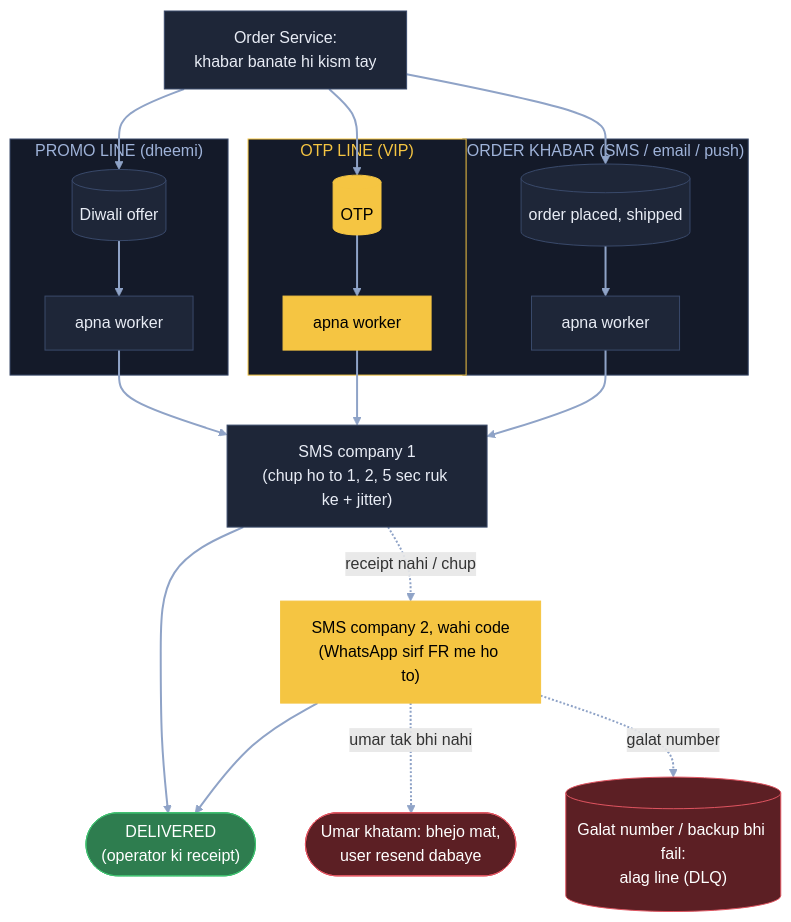
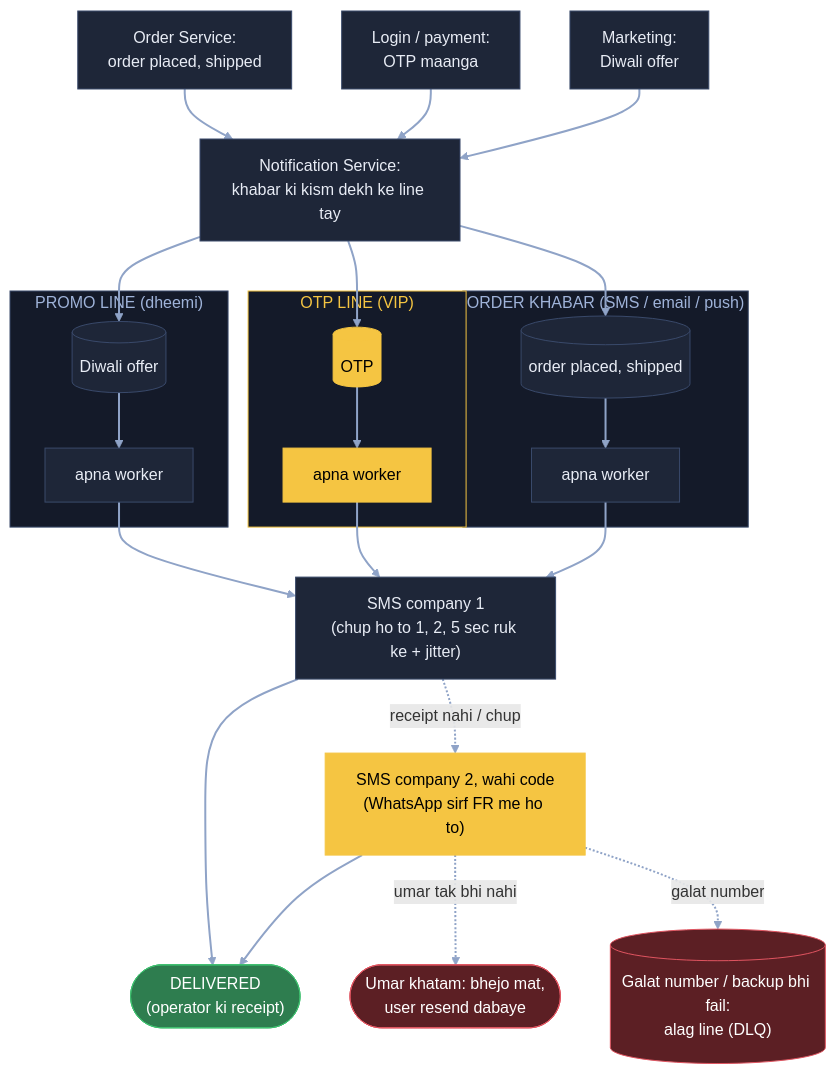
The tenth of 10 diagrams in 04_HLD/SYSTEM_DESIGNS/04_notification_system/04_notification_system.md (ArpanMaheshwari144/Prep), drawn with Mermaid before and after one commit. The commit also changed 3 other files, not shown here.

Commit message:
HLD audit 01-05: Twitter kadam 2/4 diagram teer, Notification aakhri diagram (Notification Service + OTP login/payment se), Stock kadam 9 NSE bheed wali line

````diff
--- a/04_HLD/SYSTEM_DESIGNS/04_notification_system/04_notification_system.md
+++ b/04_HLD/SYSTEM_DESIGNS/04_notification_system/04_notification_system.md
@@ -372,37 +372,43 @@
 ```mermaid
 flowchart TB
-    B["Order Service:<br/>khabar banate hi kism tay"]:::card
+    O["Order Service:<br/>order placed, shipped"]:::card
+    LG["Login / payment:<br/>OTP maanga"]:::card
+    MK["Marketing:<br/>Diwali offer"]:::card
+    B["Notification Service:<br/>khabar ki kism dekh ke line tay"]:::card
     subgraph PRL["PROMO LINE (dheemi)"]
         PR[("Diwali offer")]:::card --> WP["apna worker"]:::card
     end
     subgraph TRL["OTP LINE (VIP)"]
         TR[("OTP")]:::pill --> WT["apna worker"]:::pill
     end
     subgraph SVL["ORDER KHABAR (SMS / email / push)"]
         SV[("order placed, shipped")]:::card --> WS["apna worker"]:::card
     end
     C1["SMS company 1<br/>(chup ho to 1, 2, 5 sec ruk ke + jitter)"]:::card
     C2["SMS company 2, wahi code<br/>(WhatsApp sirf FR me ho to)"]:::pill
     OK(["DELIVERED<br/>(operator ki receipt)"]):::good
     EX(["Umar khatam: bhejo mat,<br/>user resend dabaye"]):::bad
     DL[("Galat number / backup bhi fail:<br/>alag line (DLQ)")]:::bad
+    O --> B
+    LG --> B
+    MK --> B
     B --> PR
     B --> TR
     B --> SV
     WP --> C1
     WT --> C1
     WS --> C1
     C1 --> OK
     C1 -. "receipt nahi / chup" .-> C2
     C2 --> OK
     C2 -. "umar tak bhi nahi" .-> EX
     C2 -. "galat number" .-> DL
     linkStyle default stroke:#8fa3c7,stroke-width:2px
     classDef card fill:#1e2638,stroke:#3a4a6b,color:#e8ecf5
     classDef pill fill:#f5c542,stroke:#f5c542,color:#000
     classDef good fill:#2e7d4f,stroke:#3fbf6f,color:#fff
     classDef bad fill:#5c1f24,stroke:#e05561,color:#fff
     style PRL fill:#141a29,stroke:#3a4a6b,color:#9fb3d9
     style TRL fill:#141a29,stroke:#f5c542,color:#f5c542
     style SVL fill:#141a29,stroke:#3a4a6b,color:#9fb3d9
 ```
````
